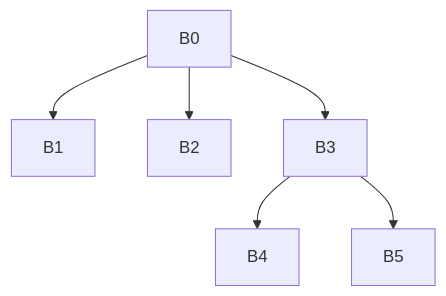
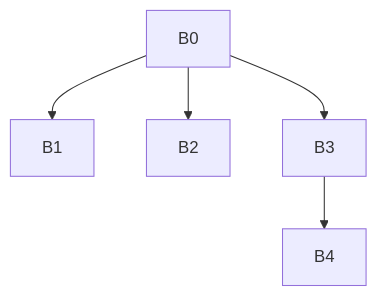
The second of 2 diagrams in docs/modules/05-idom-tree-and-df.md (Misha1302/Middle-end-compiler-cource), drawn with Mermaid before and after one commit. The commit also changed other lines of this file and 47 other files, not shown here.

````diff
--- a/docs/modules/05-idom-tree-and-df.md
+++ b/docs/modules/05-idom-tree-and-df.md
@@ -102,8 +42,7 @@
 ```mermaid
 flowchart TD
-    B0 --> B1
-    B0 --> B2
-    B0 --> B3
-    B3 --> B4
-    B3 --> B5
+  D0[B0] --> D1[B1]
+  D0 --> D2[B2]
+  D0 --> D3[B3]
+  D3 --> D4[B4]
 ```
````
